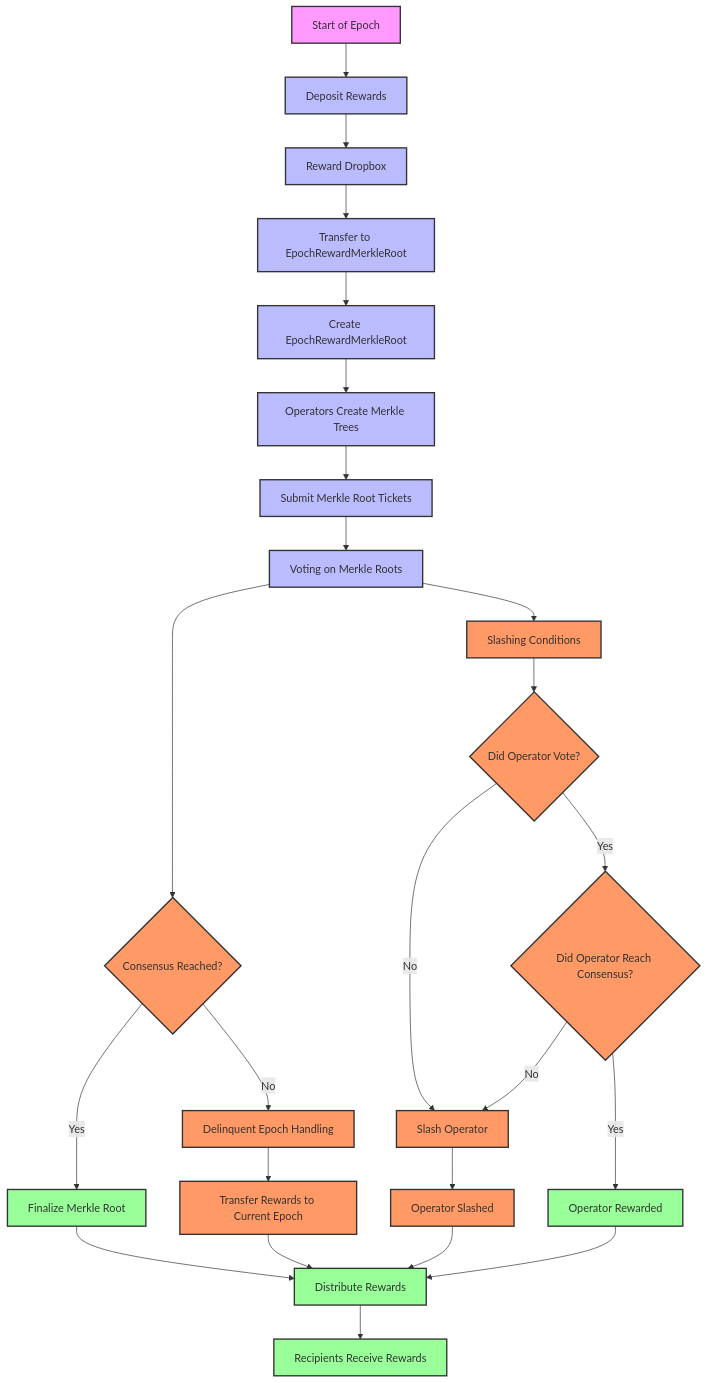
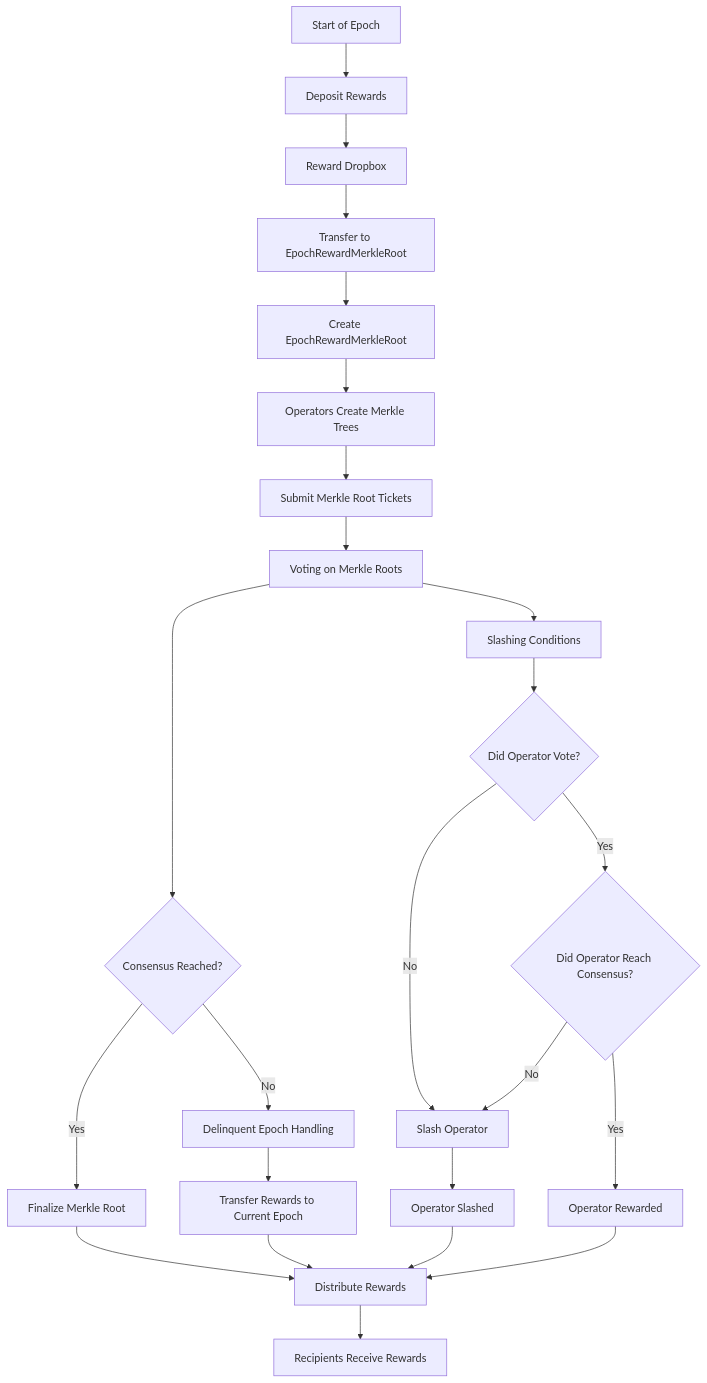
Before and after one commit to thogiti/thogiti.github.io: the third of 4 diagrams in _posts/2025-01-01-How-Jito-Solana-Works.md, drawn with Mermaid. The commit also changed other lines of this file and 11 other files, not shown here.

````diff
--- a/_posts/2025-01-01-How-Jito-Solana-Works.md
+++ b/_posts/2025-01-01-How-Jito-Solana-Works.md
@@ -697,48 +727,26 @@
 ```mermaid
 graph TD
     A[Start of Epoch] --> B[Deposit Rewards]
     B --> C[Reward Dropbox]
     C --> D[Transfer to EpochRewardMerkleRoot]
     D --> E[Create EpochRewardMerkleRoot]
     E --> F[Operators Create Merkle Trees]
     F --> G[Submit Merkle Root Tickets]
     G --> H[Voting on Merkle Roots]
     H --> I{Consensus Reached?}
     I -->|Yes| J[Finalize Merkle Root]
     I -->|No| K[Delinquent Epoch Handling]
     J --> L[Distribute Rewards]
     L --> M[Recipients Receive Rewards]
     K --> N[Transfer Rewards to Current Epoch]
     N --> L
     H --> O[Slashing Conditions]
     O --> P{Did Operator Vote?}
     P -->|No| Q[Slash Operator]
     P -->|Yes| R{Did Operator Reach Consensus?}
     R -->|No| Q
     R -->|Yes| S[Operator Rewarded]
     Q --> T[Operator Slashed]
     S --> L
     T --> L
-
-    %% Styling for clarity
-    style A fill:#f9f,stroke:#333,stroke-width:2px
-    style B fill:#bbf,stroke:#333,stroke-width:2px
-    style C fill:#bbf,stroke:#333,stroke-width:2px
-    style D fill:#bbf,stroke:#333,stroke-width:2px
-    style E fill:#bbf,stroke:#333,stroke-width:2px
-    style F fill:#bbf,stroke:#333,stroke-width:2px
-    style G fill:#bbf,stroke:#333,stroke-width:2px
-    style H fill:#bbf,stroke:#333,stroke-width:2px
-    style I fill:#f96,stroke:#333,stroke-width:2px
-    style J fill:#9f9,stroke:#333,stroke-width:2px
-    style K fill:#f96,stroke:#333,stroke-width:2px
-    style L fill:#9f9,stroke:#333,stroke-width:2px
-    style M fill:#9f9,stroke:#333,stroke-width:2px
-    style N fill:#f96,stroke:#333,stroke-width:2px
-    style O fill:#f96,stroke:#333,stroke-width:2px
-    style P fill:#f96,stroke:#333,stroke-width:2px
-    style Q fill:#f96,stroke:#333,stroke-width:2px
-    style R fill:#f96,stroke:#333,stroke-width:2px
-    style S fill:#9f9,stroke:#333,stroke-width:2px
-    style T fill:#f96,stroke:#333,stroke-width:2px
 ```
````
